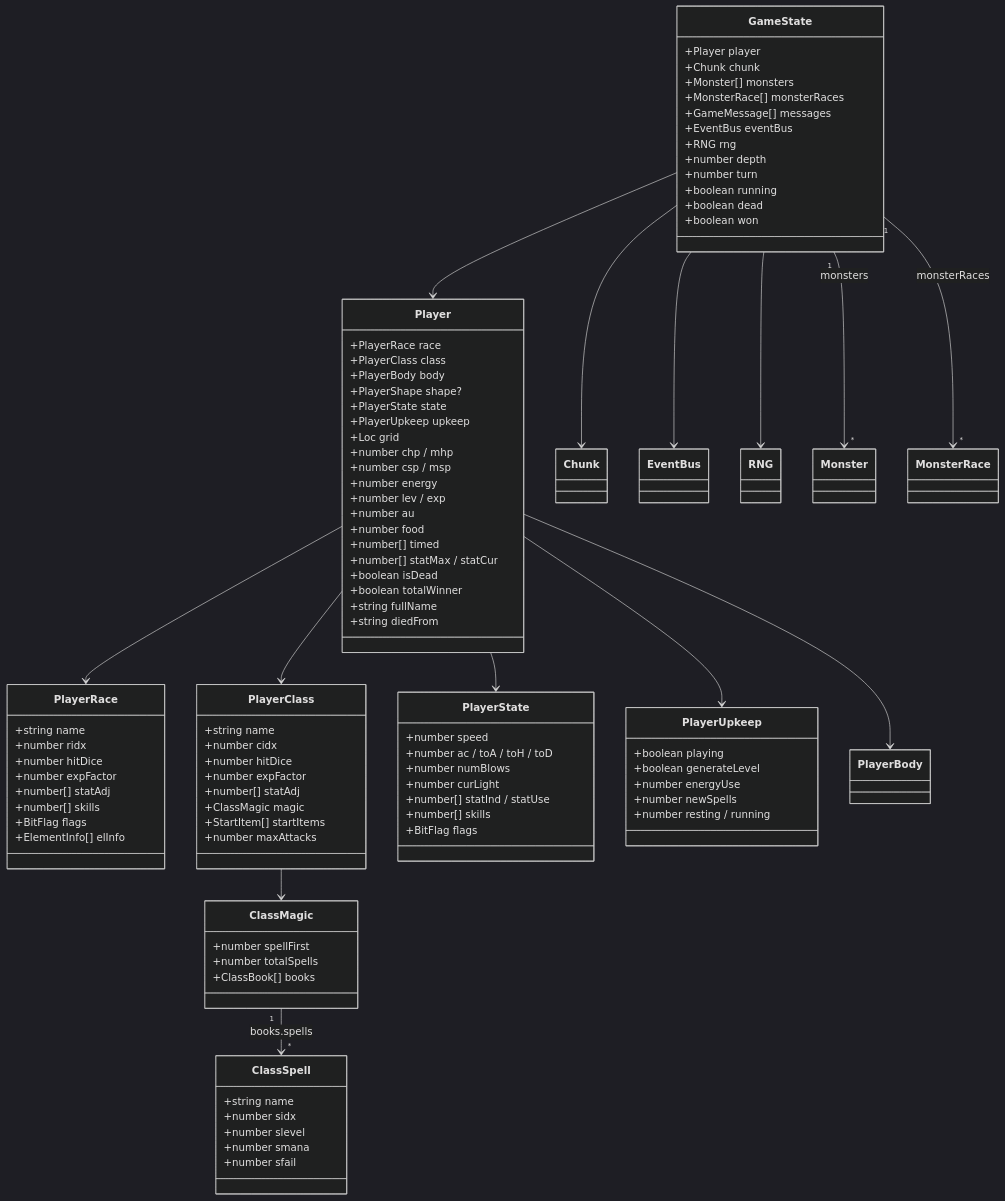
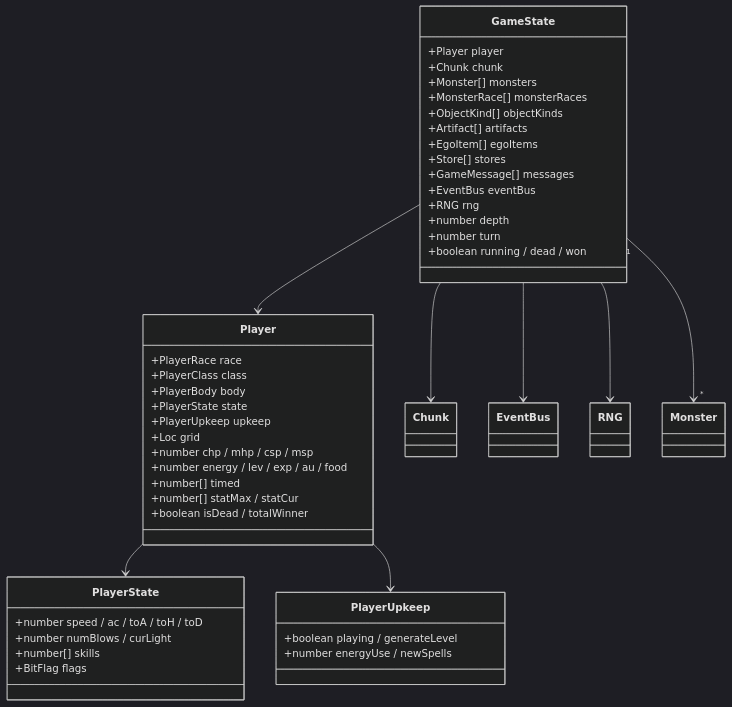
The second of 8 diagrams in ARCHITECTURE.md (yuukiishikawa/angband-ts), drawn with Mermaid (dark theme) before and after one commit. The commit also changed other lines of this file and 5 other files, not shown here.

First line of the commit message:
docs: rewrite architecture to match current codebase, remove legacy docs

````diff
--- a/ARCHITECTURE.md
+++ b/ARCHITECTURE.md
@@ -13,103 +137,49 @@
         +Chunk chunk
         +Monster[] monsters
         +MonsterRace[] monsterRaces
+        +ObjectKind[] objectKinds
+        +Artifact[] artifacts
+        +EgoItem[] egoItems
+        +Store[] stores
         +GameMessage[] messages
         +EventBus eventBus
         +RNG rng
         +number depth
         +number turn
-        +boolean running
-        +boolean dead
-        +boolean won
+        +boolean running / dead / won
     }
 
     class Player {
         +PlayerRace race
         +PlayerClass class
         +PlayerBody body
-        +PlayerShape shape?
         +PlayerState state
         +PlayerUpkeep upkeep
         +Loc grid
-        +number chp / mhp
-        +number csp / msp
-        +number energy
-        +number lev / exp
-        +number au
-        +number food
+        +number chp / mhp / csp / msp
+        +number energy / lev / exp / au / food
         +number[] timed
         +number[] statMax / statCur
-        +boolean isDead
-        +boolean totalWinner
-        +string fullName
-        +string diedFrom
-    }
-
-    class PlayerRace {
-        +string name
-        +number ridx
-        +number hitDice
-        +number expFactor
-        +number[] statAdj
-        +number[] skills
-        +BitFlag flags
-        +ElementInfo[] elInfo
-    }
-
-    class PlayerClass {
-        +string name
-        +number cidx
-        +number hitDice
-        +number expFactor
-        +number[] statAdj
-        +ClassMagic magic
-        +StartItem[] startItems
-        +number maxAttacks
+        +boolean isDead / totalWinner
     }
 
     class PlayerState {
-        +number speed
-        +number ac / toA / toH / toD
-        +number numBlows
-        +number curLight
-        +number[] statInd / statUse
+        +number speed / ac / toA / toH / toD
+        +number numBlows / curLight
         +number[] skills
         +BitFlag flags
     }
 
     class PlayerUpkeep {
-        +boolean playing
-        +boolean generateLevel
-        +number energyUse
-        +number newSpells
-        +number resting / running
-    }
-
-    class ClassMagic {
-        +number spellFirst
-        +number totalSpells
-        +ClassBook[] books
-    }
-
-    class ClassSpell {
-        +string name
-        +number sidx
-        +number slevel
-        +number smana
-        +number sfail
+        +boolean playing / generateLevel
+        +number energyUse / newSpells
     }
 
     GameState --> Player
     GameState --> Chunk
     GameState --> EventBus
     GameState --> RNG
-    GameState "1" --> "*" Monster : monsters
-    GameState "1" --> "*" MonsterRace : monsterRaces
-    Player --> PlayerRace
-    Player --> PlayerClass
+    GameState "1" --> "*" Monster
     Player --> PlayerState
     Player --> PlayerUpkeep
-    Player --> PlayerBody
-    PlayerClass --> ClassMagic
-    ClassMagic "1" --> "*" ClassSpell : books.spells
 ```
````
